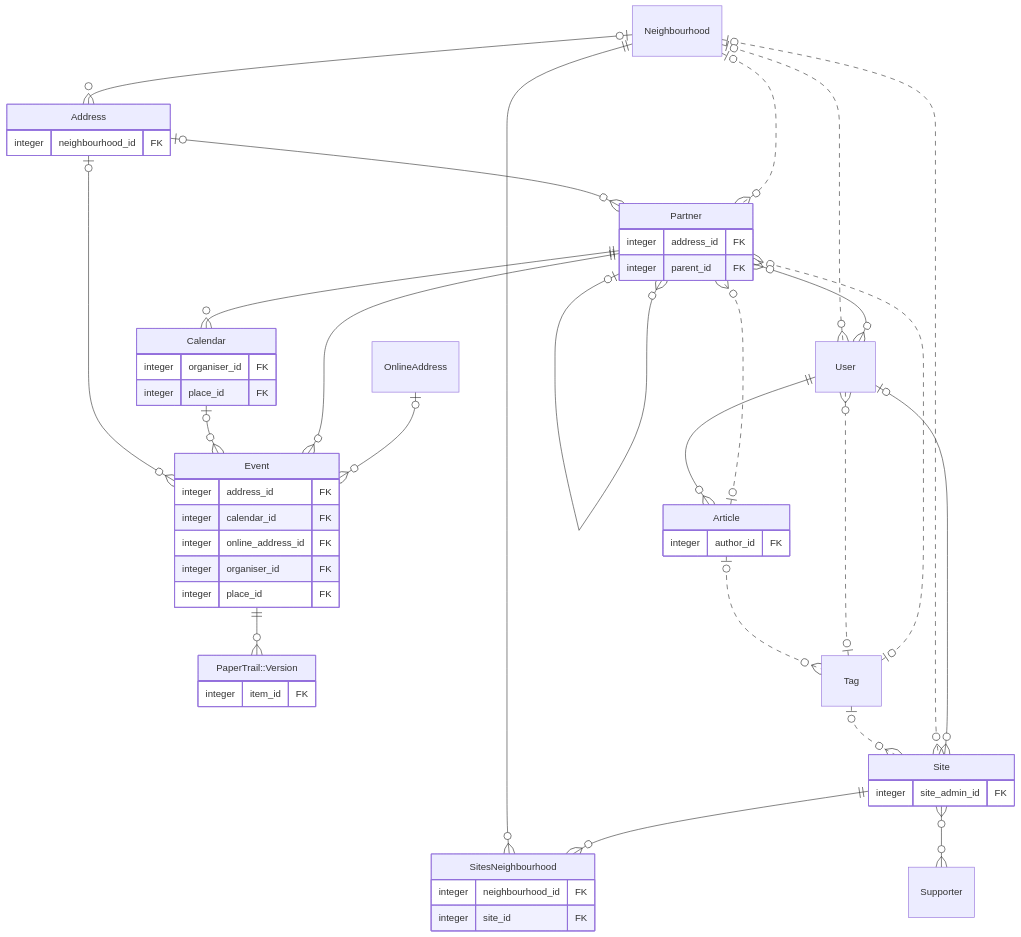
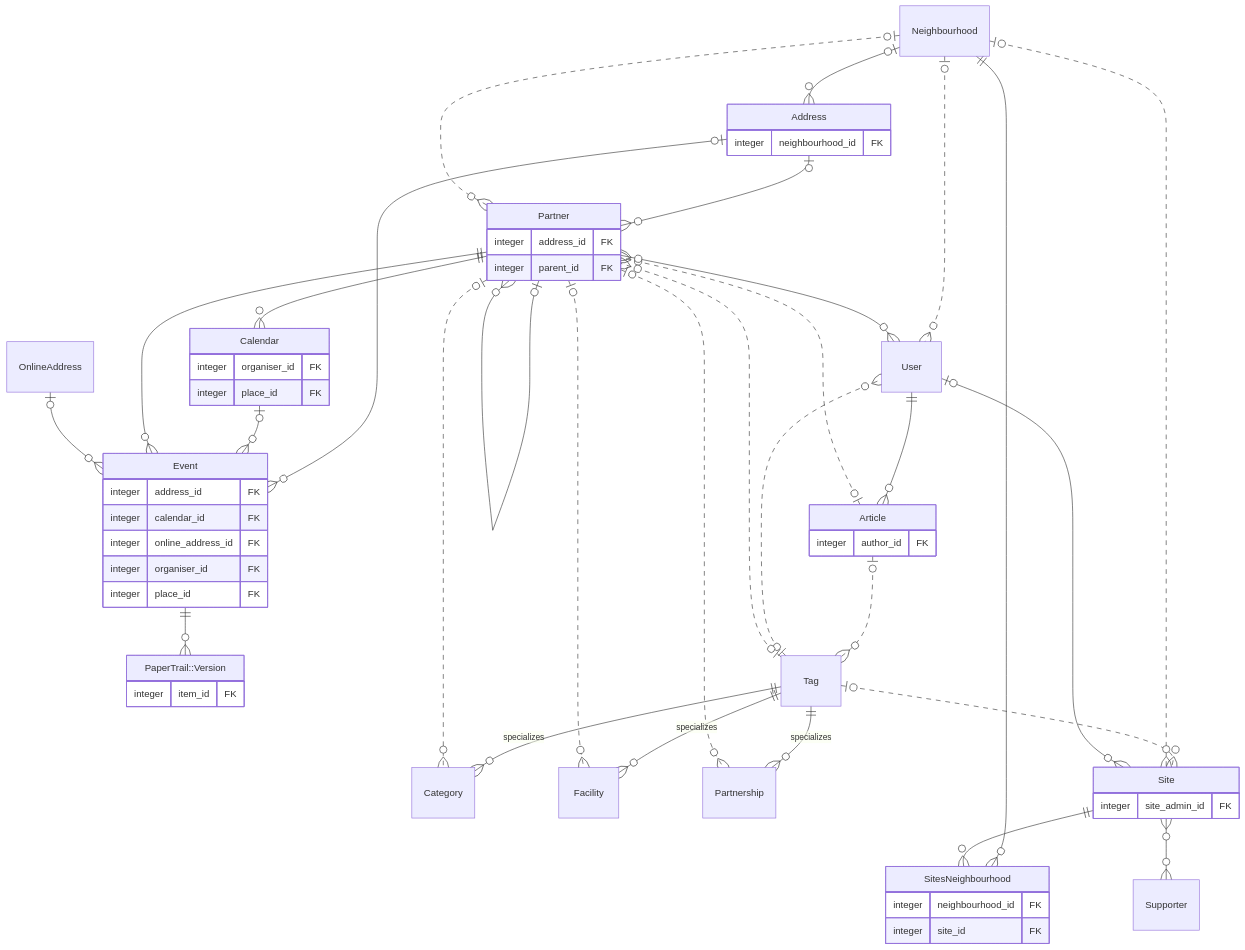
Before and after one commit to geeksforsocialchange/PlaceCal: the diagram in doc/erd.mmd, drawn with Mermaid. The commit also changed 3 other files, not shown here.

First line of the commit message:
Show the Tag subtypes in the schema diagram

```diff
--- a/doc/erd.mmd
+++ b/doc/erd.mmd
@@ -1,66 +1,78 @@
 erDiagram
 	direction TB
 	Address {
 		integer neighbourhood_id FK
 	}
 	Article {
 		integer author_id FK
 	}
 	Calendar {
 		integer organiser_id FK
 		integer place_id FK
 	}
+	Category {
+	}
 	Event {
 		integer address_id FK
 		integer calendar_id FK
 		integer online_address_id FK
 		integer organiser_id FK
 		integer place_id FK
+	}
+	Facility {
 	}
 	Neighbourhood {
 	}
 	OnlineAddress {
 	}
 	"PaperTrail::Version" {
 		integer item_id FK
 	}
 	Partner {
 		integer address_id FK
 		integer parent_id FK
+	}
+	Partnership {
 	}
 	Site {
 		integer site_admin_id FK
 	}
 	SitesNeighbourhood {
 		integer neighbourhood_id FK
 		integer site_id FK
 	}
 	Supporter {
 	}
 	Tag {
 	}
 	User {
 	}
+	Tag ||--o{ Category : "specializes"
+	Tag ||--o{ Facility : "specializes"
+	Tag ||--o{ Partnership : "specializes"
 	Address o|--}o Event : ""
 	Address o|--}o Partner : ""
 	Neighbourhood o|--}o Address : ""
 	Article o|..}o Partner : ""
 	Article o|..}o Tag : ""
 	User ||--}o Article : ""
 	Partner ||--}o Calendar : ""
 	Calendar o|--}o Event : ""
 	Tag o|..}o User : ""
 	Tag o|..}o Partner : ""
 	Tag o|..}o Site : ""
 	Event ||--}o "PaperTrail::Version" : ""
 	Partner ||--}o Event : ""
 	OnlineAddress o|--}o Event : ""
 	Neighbourhood ||--}o SitesNeighbourhood : ""
 	Neighbourhood o|..}o Site : ""
 	Neighbourhood o|..}o User : ""
 	Neighbourhood o|..}o Partner : ""
 	Partner o{--}o User : ""
+	Partner o|..}o Category : ""
+	Partner o|..}o Facility : ""
+	Partner o|..}o Partnership : ""
 	Partner o|--}o Partner : ""
 	Site ||--}o SitesNeighbourhood : ""
 	Site o{--}o Supporter : ""
 	User o|--}o Site : ""
```
